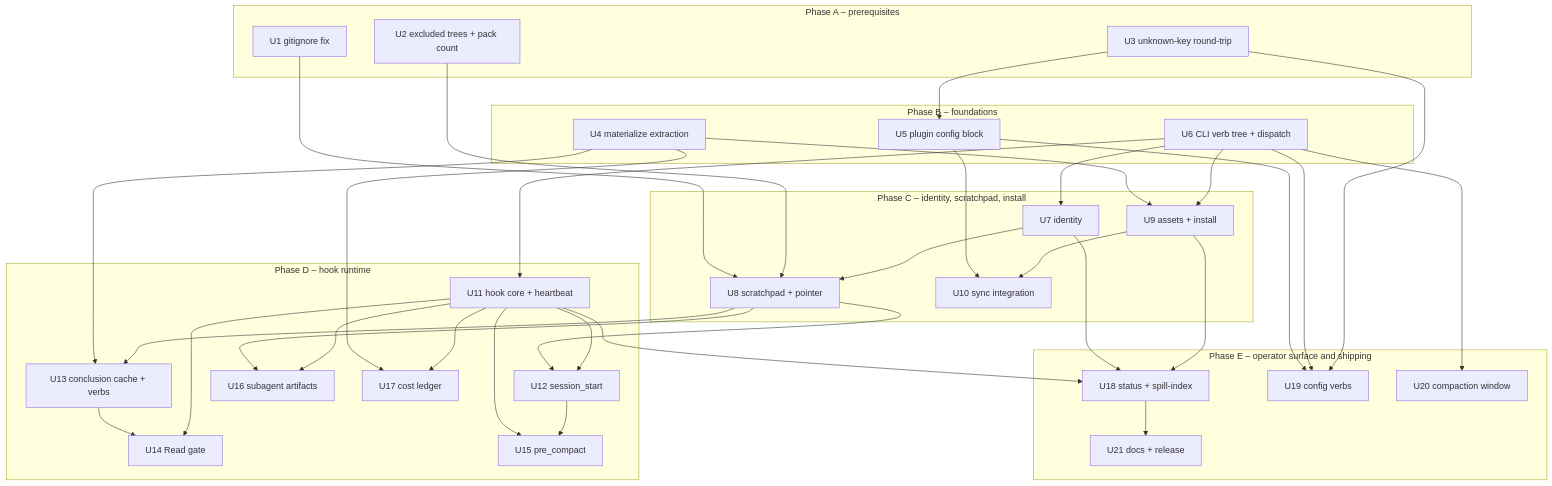
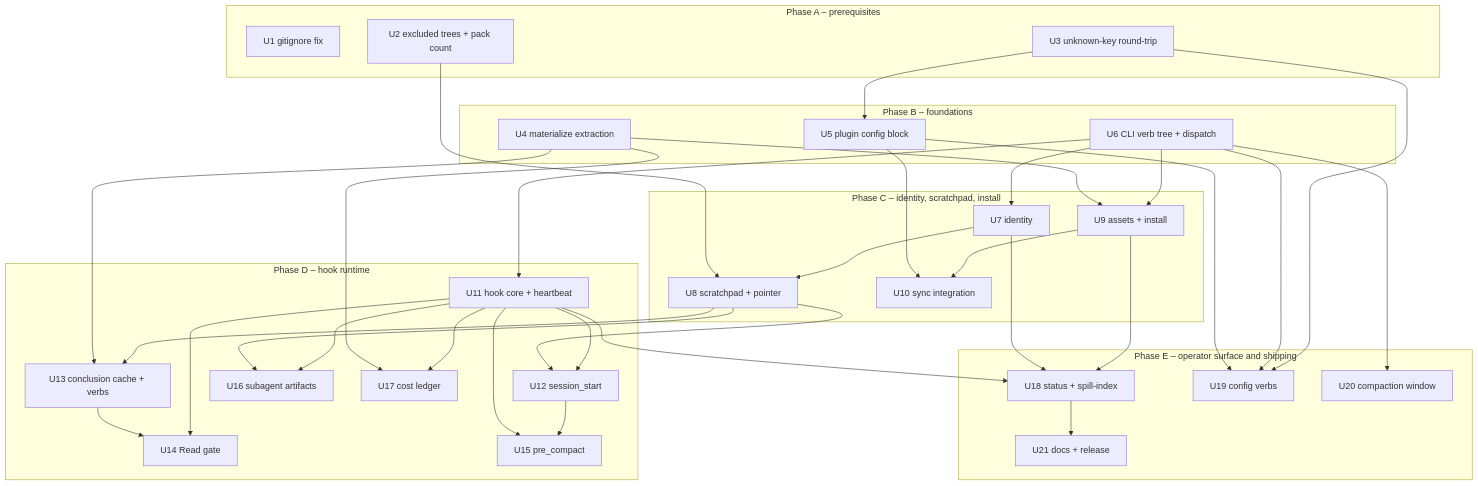
Before and after one commit to ViktorStiskala/superset-magic: the fourth of 4 diagrams in docs/plans/2026-08-29-001-feat-ss-magic-claude-plugin-plan.md, drawn with Mermaid. The commit also changed other lines of this file and 8 other files, not shown here.

````diff
--- a/docs/plans/2026-08-29-001-feat-ss-magic-claude-plugin-plan.md
+++ b/docs/plans/2026-08-29-001-feat-ss-magic-claude-plugin-plan.md
@@ -366,56 +512,55 @@
 ```mermaid
 flowchart TB
   subgraph phaseA["Phase A – prerequisites"]
     U1["U1 gitignore fix"]
     U2["U2 excluded trees + pack count"]
     U3["U3 unknown-key round-trip"]
   end
   subgraph phaseB["Phase B – foundations"]
     U4["U4 materialize extraction"]
     U5["U5 plugin config block"]
     U6["U6 CLI verb tree + dispatch"]
   end
   subgraph phaseC["Phase C – identity, scratchpad, install"]
     U7["U7 identity"]
     U8["U8 scratchpad + pointer"]
     U9["U9 assets + install"]
     U10["U10 sync integration"]
   end
   subgraph phaseD["Phase D – hook runtime"]
     U11["U11 hook core + heartbeat"]
     U12["U12 session_start"]
     U13["U13 conclusion cache + verbs"]
     U14["U14 Read gate"]
     U15["U15 pre_compact"]
     U16["U16 subagent artifacts"]
     U17["U17 cost ledger"]
   end
   subgraph phaseE["Phase E – operator surface and shipping"]
     U18["U18 status + spill-index"]
     U19["U19 config verbs"]
     U20["U20 compaction window"]
     U21["U21 docs + release"]
   end
-  U1 --> U8
   U2 --> U8
   U3 --> U5 --> U10
   U4 --> U9 --> U10
   U6 --> U7 --> U8
   U6 --> U9
   U6 --> U11
   U8 --> U12
   U4 --> U13 --> U14
   U4 --> U17
   U8 --> U13
   U8 --> U16
   U5 --> U19
   U6 --> U19
   U7 --> U18
   U11 --> U12 & U14 & U15 & U16 & U17
   U12 --> U15
   U11 --> U18
   U9 --> U18
   U3 --> U19
   U6 --> U20
   U18 --> U21
 ```
````
